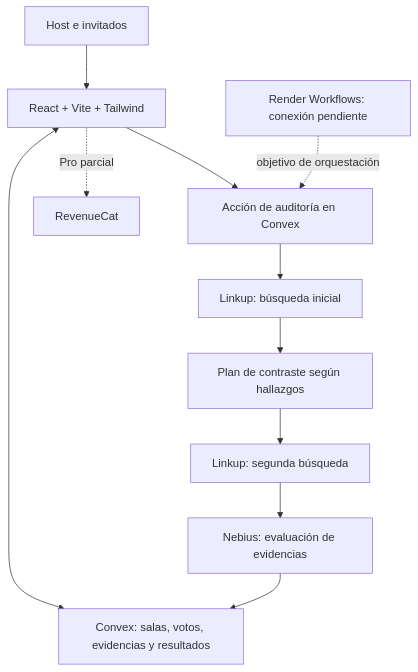
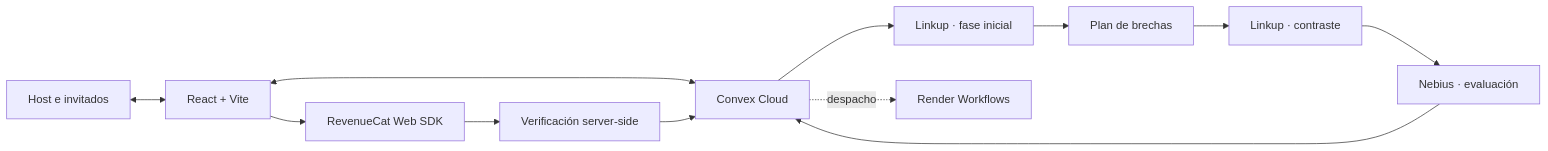
The diagram in README.md (arenasantiago/burningtoken), drawn with Mermaid before and after one commit. The commit also changed other lines of this file and 10 other files, not shown here.

````diff
--- a/README.md
+++ b/README.md
@@ -72,13 +53,14 @@
 ```mermaid
-flowchart TD
-    H[Host e invitados] --> UI[React + Vite + Tailwind]
-    UI <--> DB[Convex: salas, votos, evidencias y resultados]
-    UI --> A[Acción de auditoría en Convex]
-    A --> L1[Linkup: búsqueda inicial]
-    L1 --> P[Plan de contraste según hallazgos]
-    P --> L2[Linkup: segunda búsqueda]
-    L2 --> N[Nebius: evaluación de evidencias]
-    N --> DB
-    UI -. Pro parcial .-> RC[RevenueCat]
-    R[Render Workflows: conexión pendiente] -. objetivo de orquestación .-> A
+flowchart LR
+    U[Host e invitados] <--> UI[React + Vite]
+    UI <--> C[Convex Cloud]
+    C --> L1[Linkup · fase inicial]
+    L1 --> P[Plan de brechas]
+    P --> L2[Linkup · contraste]
+    L2 --> N[Nebius · evaluación]
+    N --> C
+    C -. despacho .-> R[Render Workflows]
+    UI --> RC[RevenueCat Web SDK]
+    RC --> RCS[Verificación server-side]
+    RCS --> C
 ```
````
